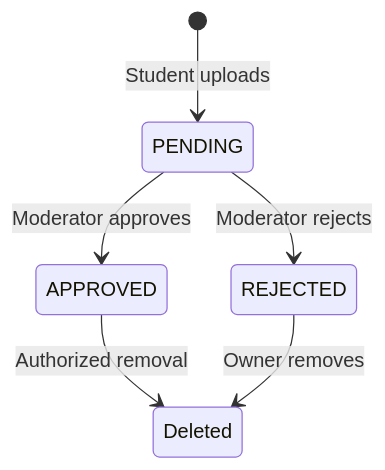
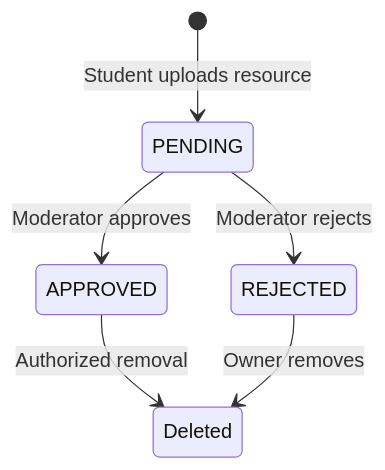
The first of 2 diagrams in README.md (usman611b/CampusArchive), drawn with Mermaid before and after one commit. The commit also changed other lines of this file, not shown here.

````diff
--- a/README.md
+++ b/README.md
@@ -80,8 +96,8 @@
 ```mermaid
 stateDiagram-v2
-    [*] --> PENDING: Student uploads
+    [*] --> PENDING: Student uploads resource
     PENDING --> APPROVED: Moderator approves
     PENDING --> REJECTED: Moderator rejects
     APPROVED --> Deleted: Authorized removal
     REJECTED --> Deleted: Owner removes
 ```
````
